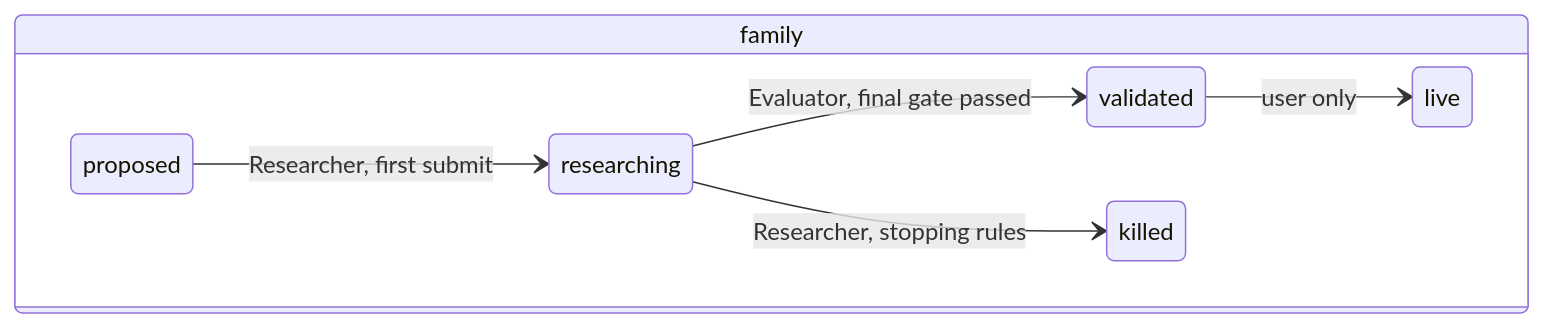
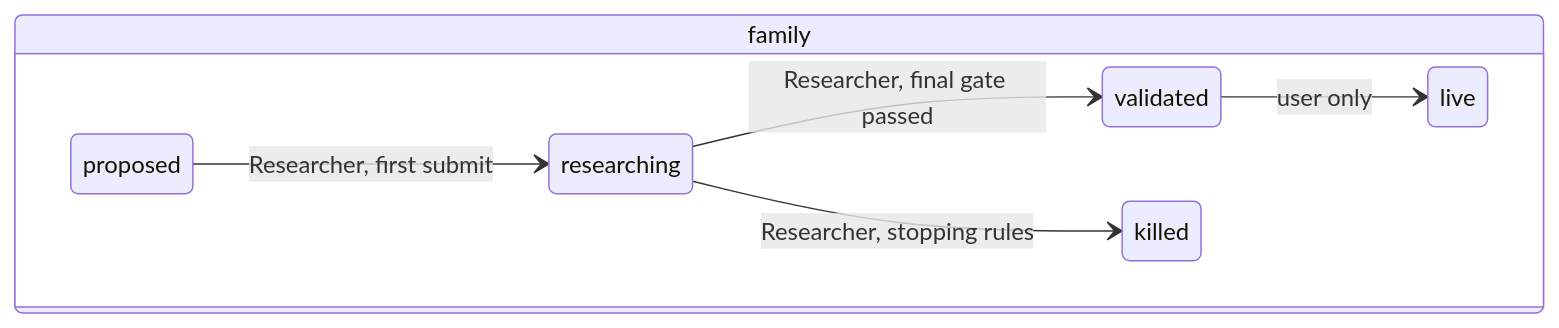
The third of 3 diagrams in strategy-research-protocol/README.md (ivanmijatovic89/polymarket-bot), drawn with Mermaid before and after one commit. The commit also changed other lines of this file and 22 other files, not shown here.

First line of the commit message:
Merge Evaluator role into Researcher (issue #83)

````diff
--- a/strategy-research-protocol/README.md
+++ b/strategy-research-protocol/README.md
@@ -105,11 +105,11 @@
 ```mermaid
 stateDiagram-v2
   direction LR
   state "family" as fam {
     direction LR
     proposed --> researching : Researcher, first submit
-    researching --> validated : Evaluator, final gate passed
+    researching --> validated : Researcher, final gate passed
     researching --> killed : Researcher, stopping rules
     validated --> live : user only
   }
 ```
````
